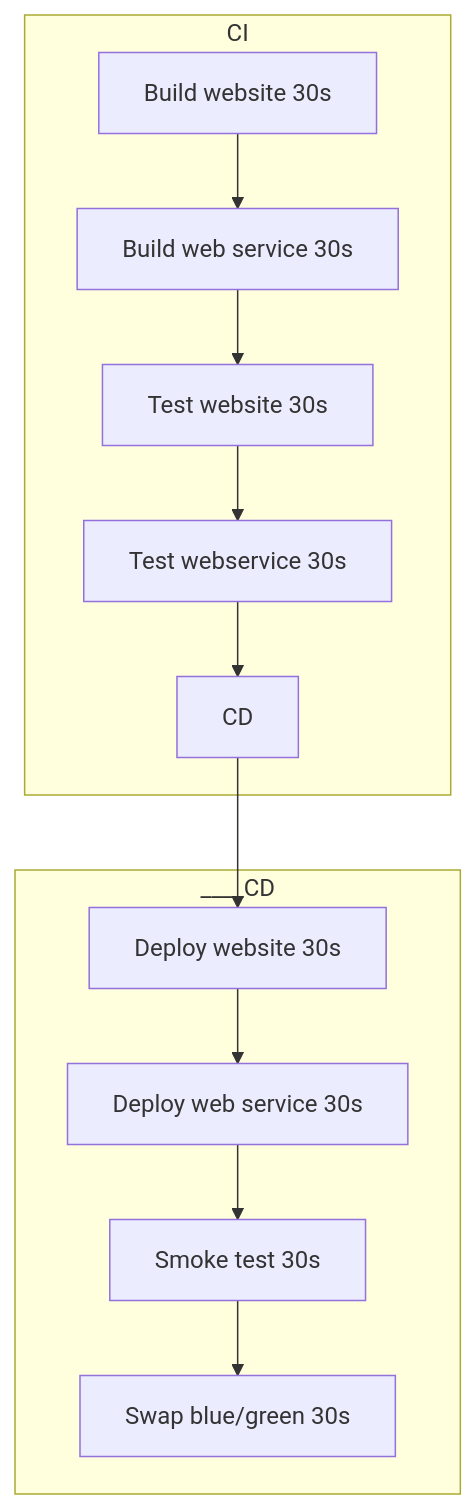
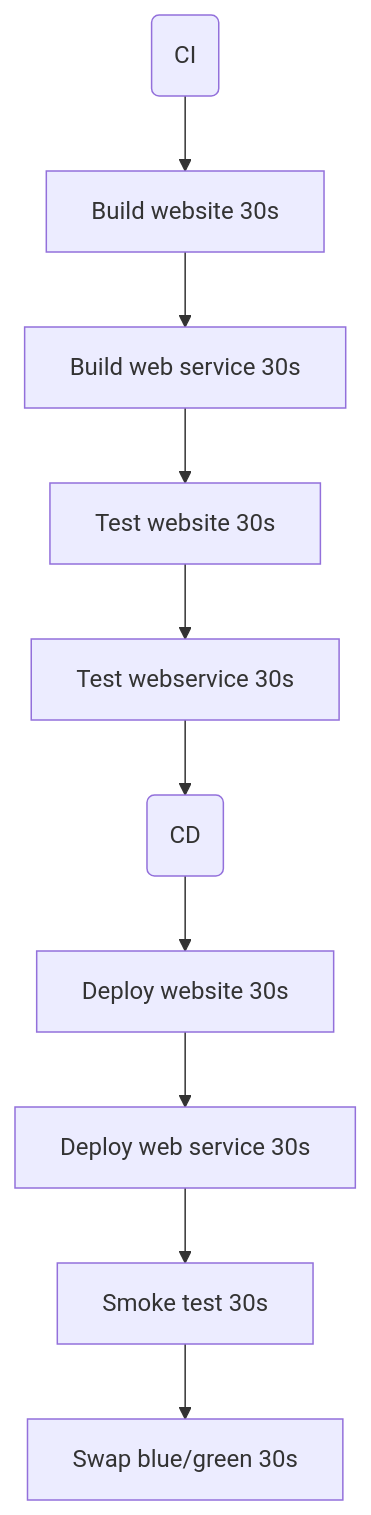
Before and after one commit to samsmithnz/ParallelPipelinesDemo: the first of 2 diagrams in README.md, drawn with Mermaid.

````diff
--- a/README.md
+++ b/README.md
@@ -5,9 +5,5 @@
 ```mermaid
   graph TD;
-      subgraph CI
-        buildweb[Build website 30s]-->buildwebservice[Build web service 30s]-->testWebsite[Test website 30s]-->testsWebservice[Test webservice 30s]-->CD2[CD];
-      end
-      subgraph ____CD
-        CD2[CD]-->deployWebsite[Deploy website 30s]-->deployWebService[Deploy web service 30s]-->smoke[Smoke test 30s]-->swap[Swap blue/green 30s];
-      end
+      ci(CI)-->buildweb[Build website 30s]-->buildwebservice[Build web service 30s]-->testWebsite[Test website 30s]-->testsWebservice[Test webservice 30s]-->cd(CD);
+      cd(CD)-->deployWebsite[Deploy website 30s]-->deployWebService[Deploy web service 30s]-->smoke[Smoke test 30s]-->swap[Swap blue/green 30s];
 ```
````
